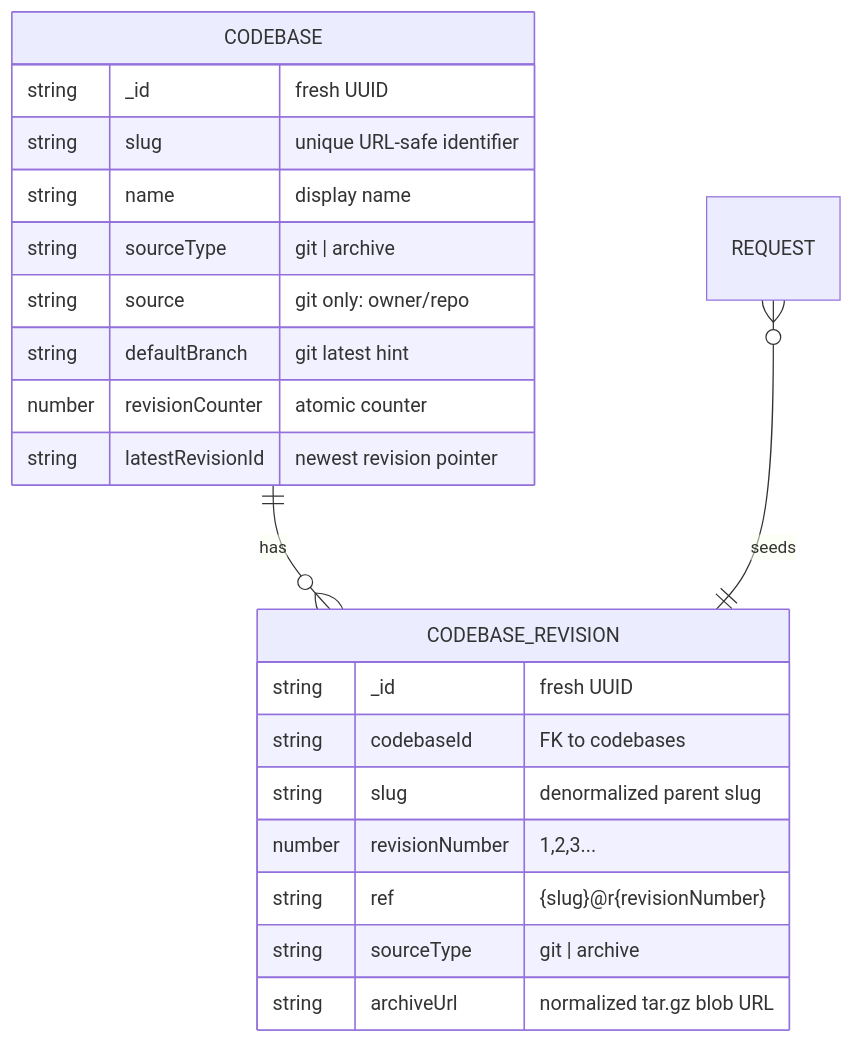
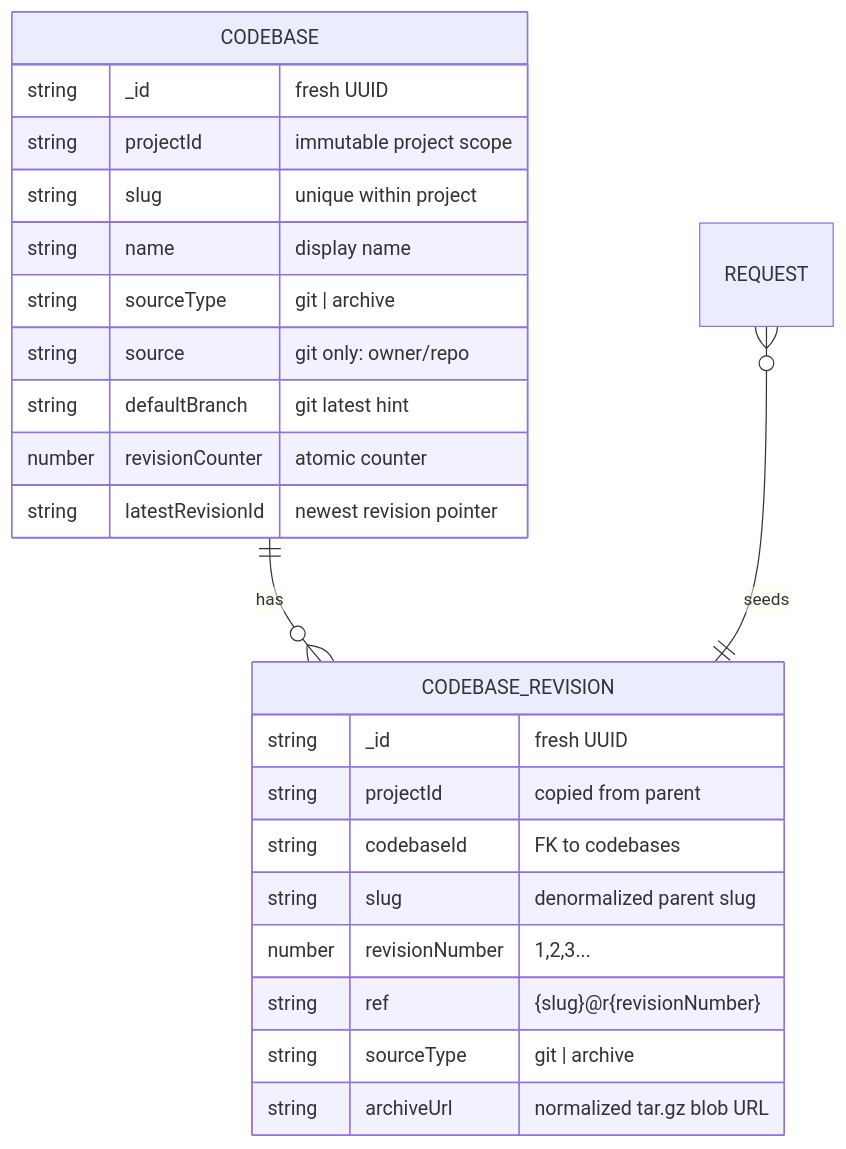
Before and after one commit to 1aifanatic/scope: the second of 3 diagrams in docs/architecture/codebases.md, drawn with Mermaid. The commit also changed other lines of this file and 133 other files, not shown here.

````diff
--- a/docs/architecture/codebases.md
+++ b/docs/architecture/codebases.md
@@ -54,26 +54,28 @@
 ```mermaid
 erDiagram
     CODEBASE ||--o{ CODEBASE_REVISION : has
     REQUEST }o--|| CODEBASE_REVISION : seeds
 
     CODEBASE {
         string _id "fresh UUID"
-        string slug "unique URL-safe identifier"
+        string projectId "immutable project scope"
+        string slug "unique within project"
         string name "display name"
         string sourceType "git | archive"
         string source "git only: owner/repo"
         string defaultBranch "git latest hint"
         number revisionCounter "atomic counter"
         string latestRevisionId "newest revision pointer"
     }
 
     CODEBASE_REVISION {
         string _id "fresh UUID"
+        string projectId "copied from parent"
         string codebaseId "FK to codebases"
         string slug "denormalized parent slug"
         number revisionNumber "1,2,3..."
         string ref "{slug}@r{revisionNumber}"
         string sourceType "git | archive"
         string archiveUrl "normalized tar.gz blob URL"
     }
 ```
````
